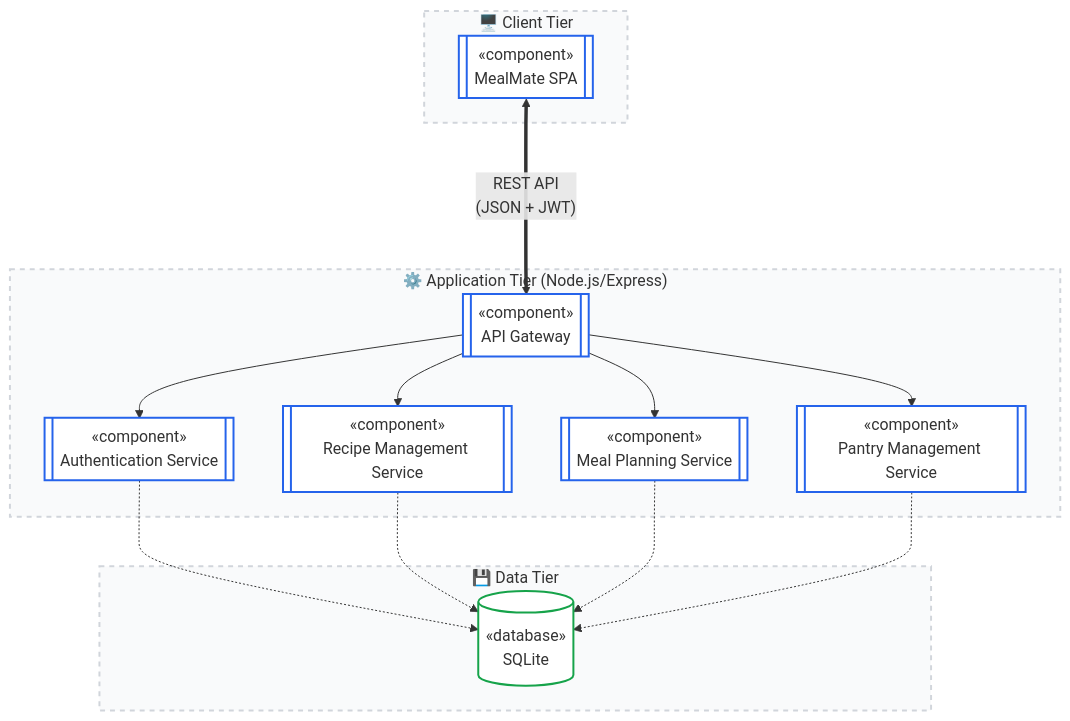
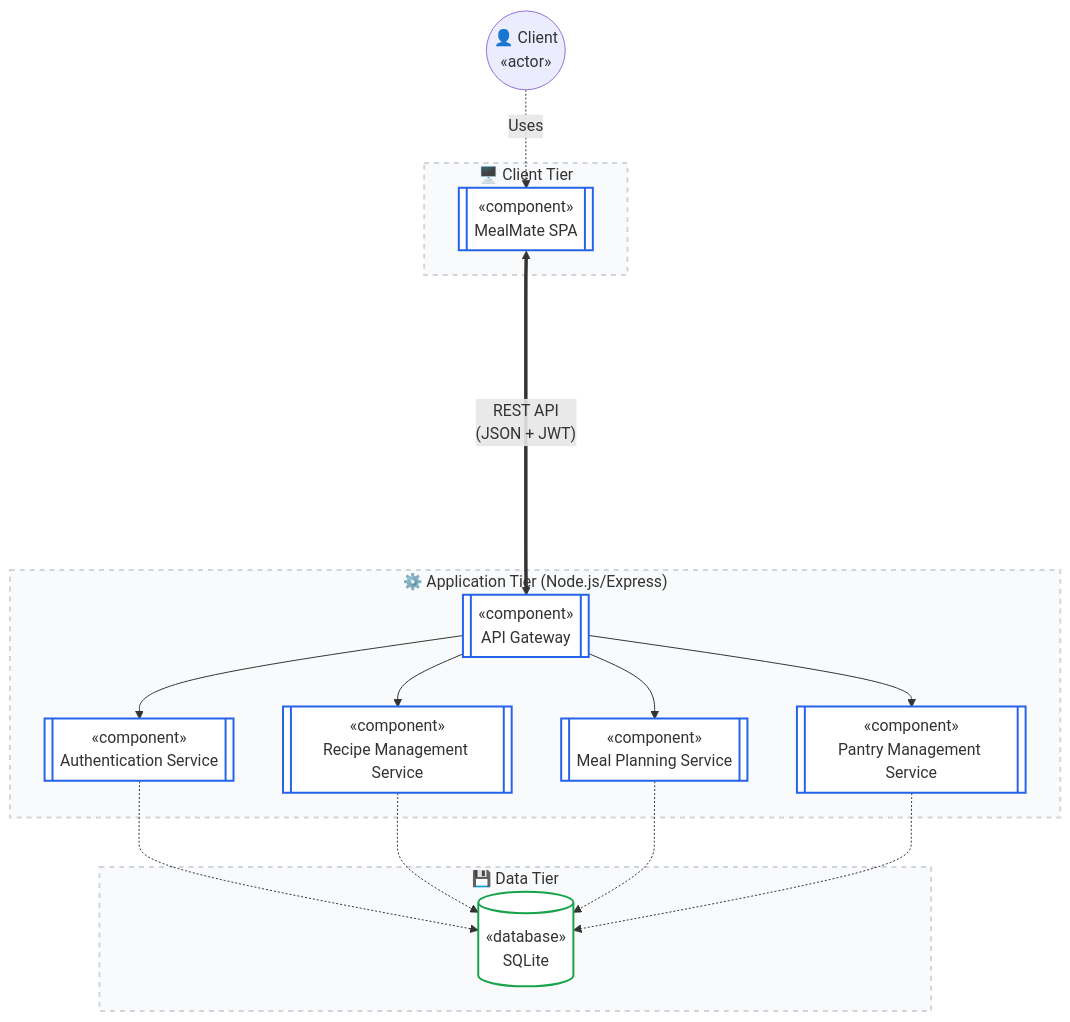
The second of 4 diagrams in docs/UML_DIAGRAMS.md (OmarIUBH/software-engineering-project), drawn with Mermaid before and after one commit.

Commit message:
docs: add Client stick figure actor and fix REST API link overlap

````diff
--- a/docs/UML_DIAGRAMS.md
+++ b/docs/UML_DIAGRAMS.md
@@ -50,41 +50,44 @@
 ```mermaid
 flowchart TD
     %% Custom Styling for Academic Presentation
     classDef layerBox fill:#f9fafb,stroke:#d1d5db,stroke-width:2px,stroke-dasharray: 5 5;
     classDef compNode fill:#ffffff,stroke:#2563eb,stroke-width:2px;
     classDef dbNode fill:#ffffff,stroke:#16a34a,stroke-width:2px;
+
+    Client(("👤 Client\n«actor»"))
 
     subgraph ClientLayer ["🖥️ Client Tier"]
         SPA[["«component»\nMealMate SPA"]]:::compNode
     end
 
     subgraph ServerLayer ["⚙️ Application Tier (Node.js/Express)"]
         Gateway[["«component»\nAPI Gateway"]]:::compNode
         
         AuthService[["«component»\nAuthentication Service"]]:::compNode
         RecipeService[["«component»\nRecipe Management Service"]]:::compNode
         MealPlanService[["«component»\nMeal Planning Service"]]:::compNode
         PantryService[["«component»\nPantry Management Service"]]:::compNode
 
         Gateway --> AuthService
         Gateway --> RecipeService
         Gateway --> MealPlanService
         Gateway --> PantryService
     end
 
     subgraph DataLayer ["💾 Data Tier"]
         DB[("«database»\nSQLite")]:::dbNode
     end
 
     %% Interactions
-    SPA <===>|"REST API\n(JSON + JWT)"| Gateway
+    Client -.->|"Uses"| SPA
+    SPA <======>|"REST API\n(JSON + JWT)"| Gateway
     
     %% Data Operations
     AuthService -.-> DB
     RecipeService -.-> DB
     MealPlanService -.-> DB
     PantryService -.-> DB
 
     %% Apply structural styling
     class ClientLayer,ServerLayer,DataLayer layerBox
 ```
````
